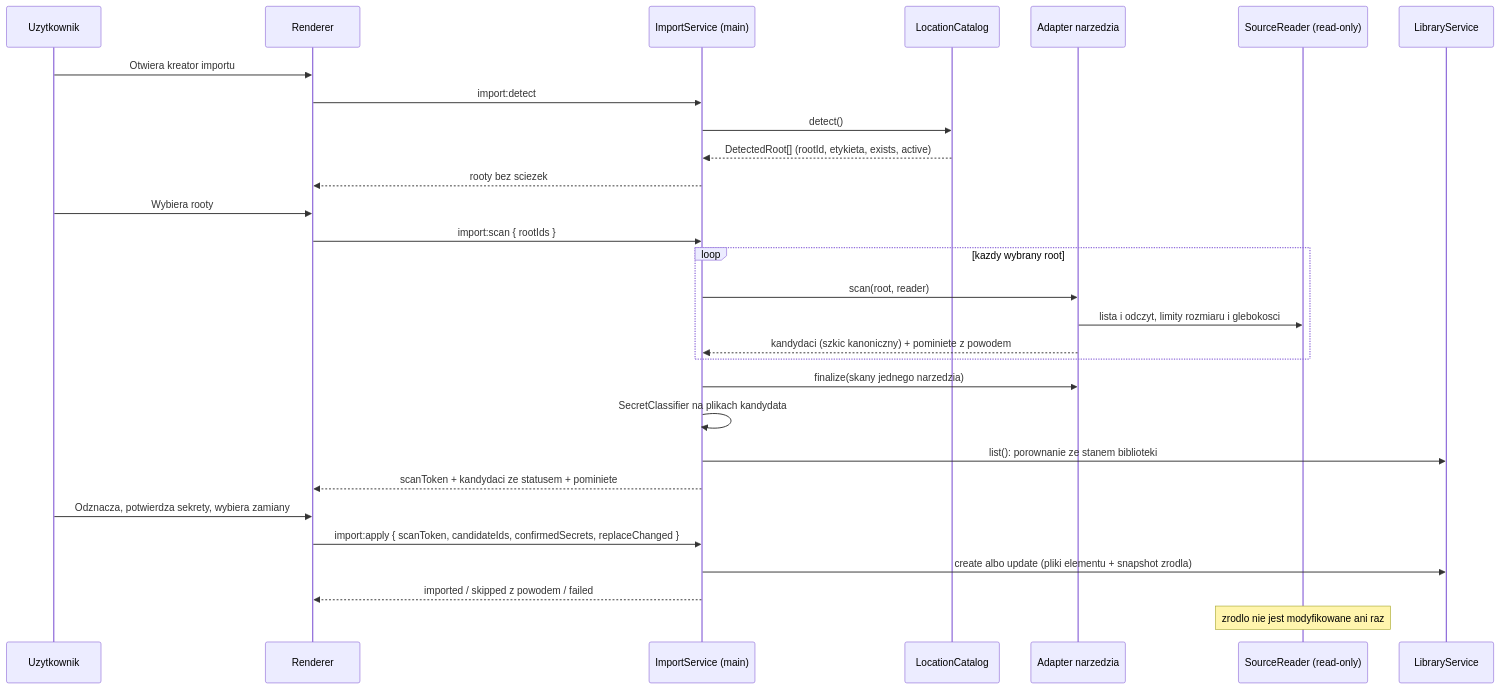
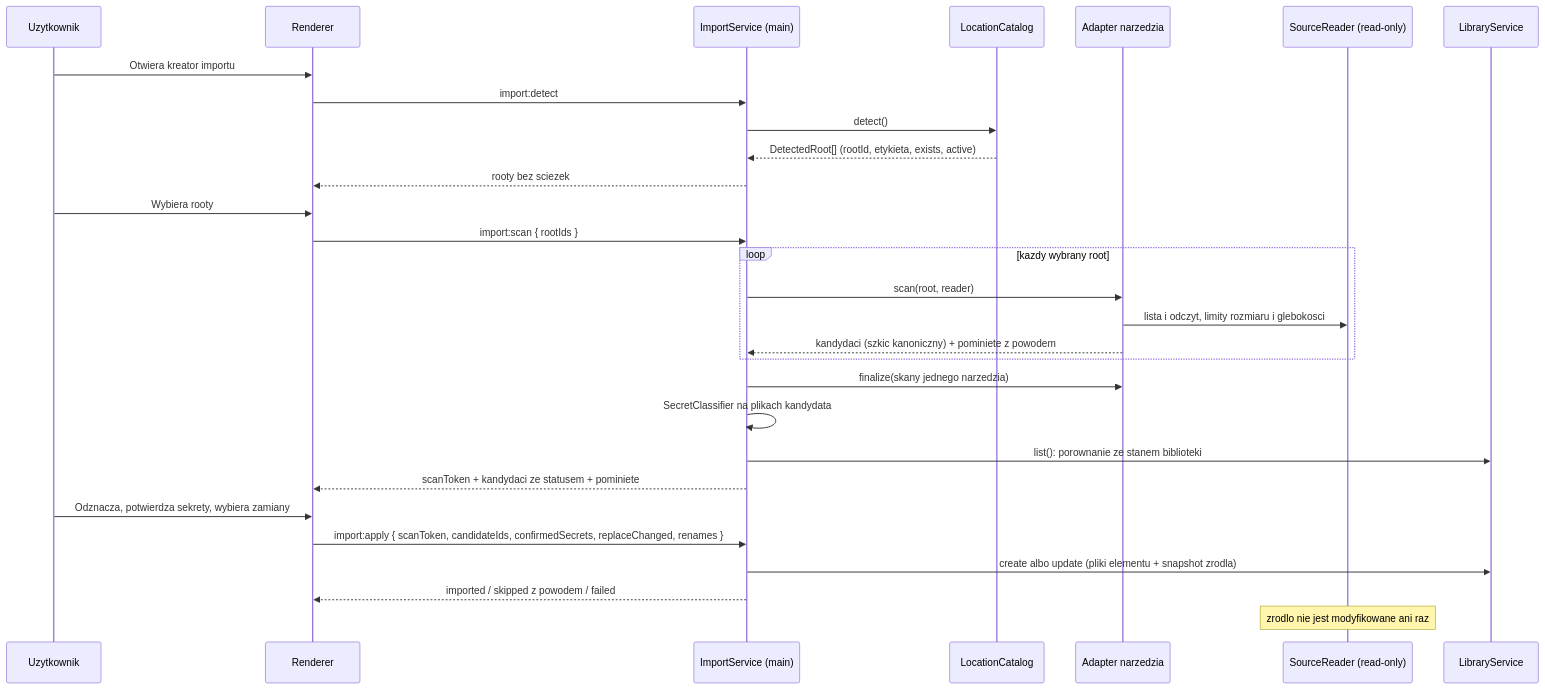
The second of 4 diagrams in docs/ARCHITECTURE.md (konradxmalinowski/cwm), drawn with Mermaid before and after one commit. The commit also changed other lines of this file and 21 other files, not shown here.

First line of the commit message:
feat(import): import a name conflict candidate under a new slug

````diff
--- a/docs/ARCHITECTURE.md
+++ b/docs/ARCHITECTURE.md
@@ -305,32 +305,32 @@
 ```mermaid
 sequenceDiagram
   participant U as Uzytkownik
   participant RD as Renderer
   participant MN as ImportService (main)
   participant LC as LocationCatalog
   participant AD as Adapter narzedzia
   participant FS as SourceReader (read-only)
   participant LB as LibraryService
 
   U->>RD: Otwiera kreator importu
   RD->>MN: import:detect
   MN->>LC: detect()
   LC-->>MN: DetectedRoot[] (rootId, etykieta, exists, active)
   MN-->>RD: rooty bez sciezek
   U->>RD: Wybiera rooty
   RD->>MN: import:scan { rootIds }
   loop kazdy wybrany root
     MN->>AD: scan(root, reader)
     AD->>FS: lista i odczyt, limity rozmiaru i glebokosci
     AD-->>MN: kandydaci (szkic kanoniczny) + pominiete z powodem
   end
   MN->>AD: finalize(skany jednego narzedzia)
   MN->>MN: SecretClassifier na plikach kandydata
   MN->>LB: list(): porownanie ze stanem biblioteki
   MN-->>RD: scanToken + kandydaci ze statusem + pominiete
   U->>RD: Odznacza, potwierdza sekrety, wybiera zamiany
-  RD->>MN: import:apply { scanToken, candidateIds, confirmedSecrets, replaceChanged }
+  RD->>MN: import:apply { scanToken, candidateIds, confirmedSecrets, replaceChanged, renames }
   MN->>LB: create albo update (pliki elementu + snapshot zrodla)
   MN-->>RD: imported / skipped z powodem / failed
   Note over FS: zrodlo nie jest modyfikowane ani raz
 ```
````
